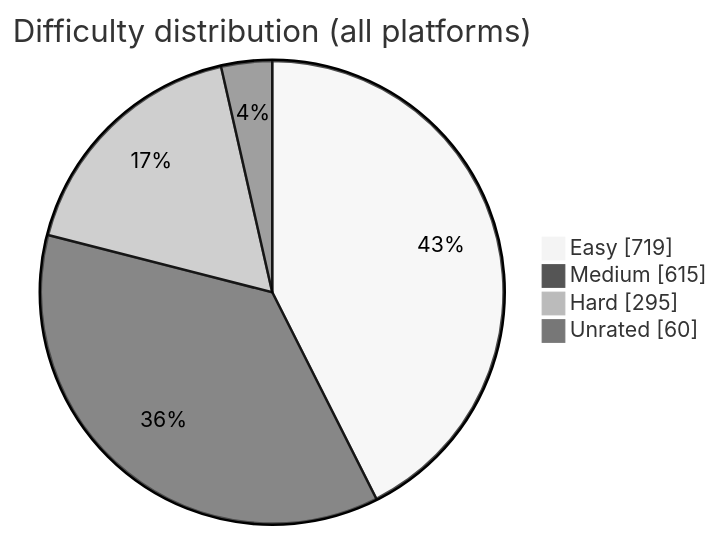
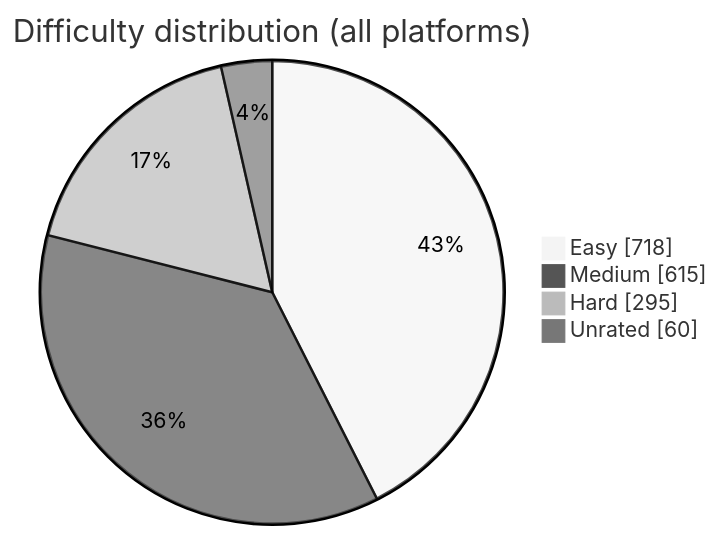
One commit to BuildbyArindam/Daily-Coding-Log changed the diagram in README.md. Above: the diagram before and after it, drawn with Mermaid (neutral theme). The commit also changed other lines of this file, not shown here.

````diff
--- a/README.md
+++ b/README.md
@@ -93,7 +93,7 @@
 ```mermaid
 pie showData title Difficulty distribution (all platforms)
-    "Easy" : 719
+    "Easy" : 718
     "Medium" : 615
     "Hard" : 295
     "Unrated" : 60
 ```
````
